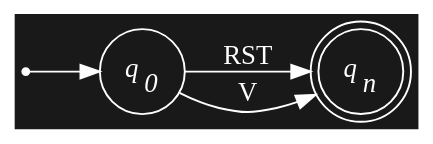
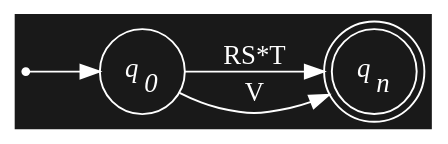
One commit to cd-public/compute changed the ninth of 10 diagrams in qmd/src/regularity.qmd. Above: the diagram before and after it, drawn with Graphviz. The commit also changed other lines of this file and 46 other files, not shown here.

````diff
--- a/qmd/src/regularity.qmd
+++ b/qmd/src/regularity.qmd
@@ -507,17 +494,17 @@
 ```{dot}
 //| echo: false
 digraph finite_automata {
   rankdir=LR; bgcolor="#191919";
   node [fontcolor = "#ffffff", color = "#ffffff"]
   edge [color = "#ffffff",fontcolor = "#ffffff"]
 
   node [shape=circle];
   d0 [label="",shape=point]; 
   q0 [label=<<I>q<SUB>0</SUB></I>>];
   qn [label=<<I>q<SUB>n</SUB></I>>, shape=doublecircle]; 
 
   d0 -> q0
-  q0 -> qn [label="RST"];
+  q0 -> qn [label="RS*T"];
   q0 -> qn [label="V"];
 }
 ```
````
